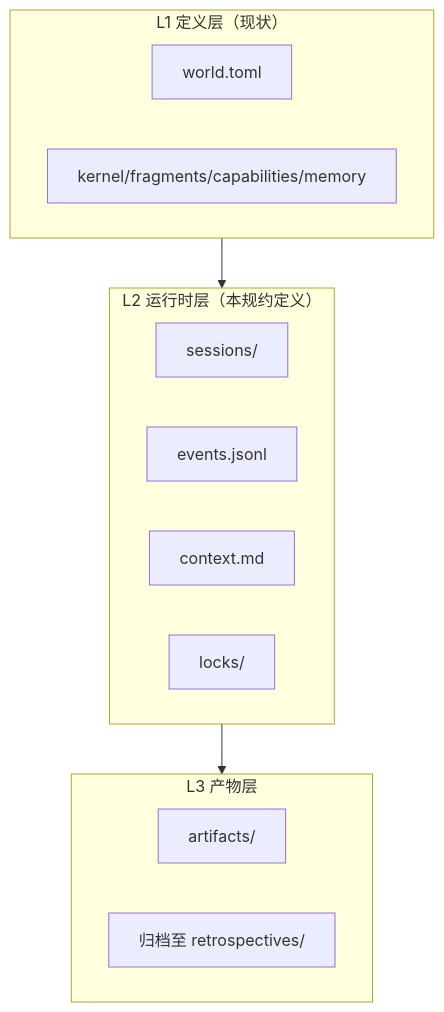
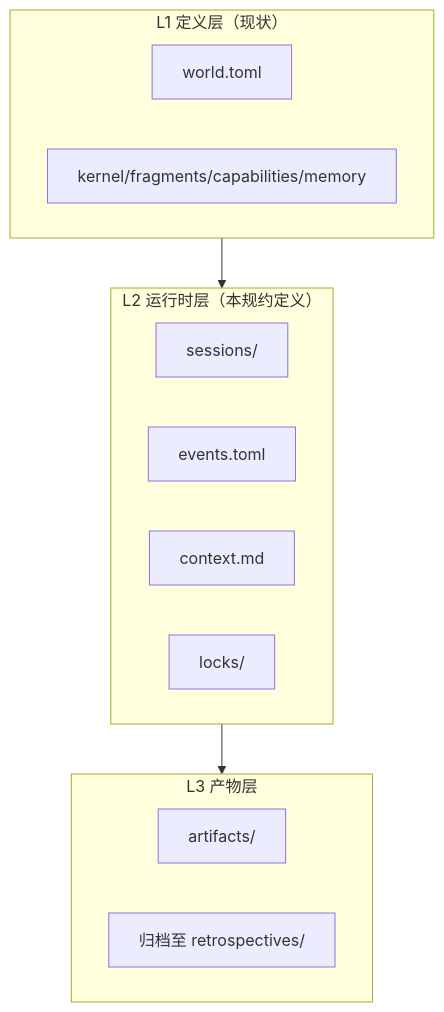
Before and after one commit to xinetzone/tao: the second of 5 diagrams in docs/tech/world-session-spec.md, drawn with Mermaid. The commit also changed other lines of this file and 1 other file, not shown here.

First line of the commit message:
refactor(spec): 统一事件日志格式为 TOML [[event]] Array of Tables

````diff
--- a/docs/tech/world-session-spec.md
+++ b/docs/tech/world-session-spec.md
@@ -48,18 +48,18 @@
 ```{mermaid}
 flowchart TB
     subgraph L3["L3 产物层"]
         P1["artifacts/"]
         P2["归档至 retrospectives/"]
     end
     subgraph L2["L2 运行时层（本规约定义）"]
         S1["sessions/"]
-        S2["events.jsonl"]
+        S2["events.toml"]
         S3["context.md"]
         S4["locks/"]
     end
     subgraph L1["L1 定义层（现状）"]
         D1["world.toml"]
         D2["kernel/fragments/capabilities/memory"]
     end
     L1 --> L2 --> L3
 ```
````
